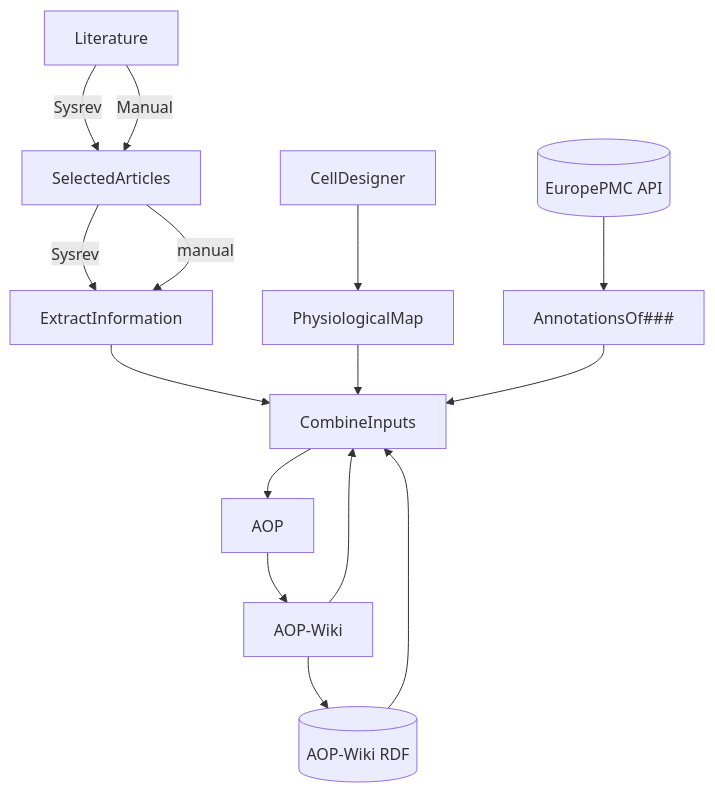
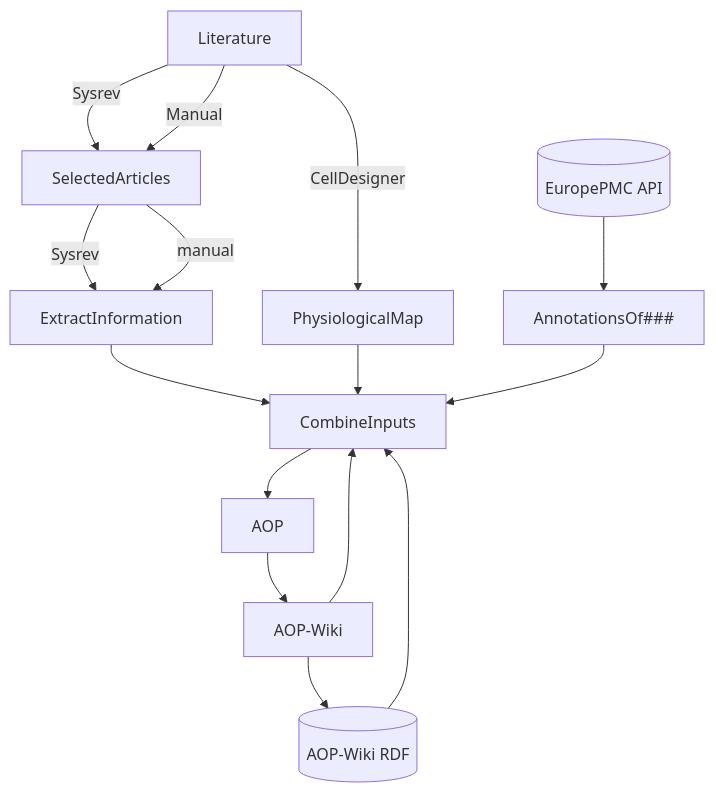
The first of 2 diagrams in aopLiterature.md (VHP4Safety/workflows), drawn with Mermaid before and after one commit.

````diff
--- a/aopLiterature.md
+++ b/aopLiterature.md
@@ -3,16 +3,16 @@
 ```mermaid
 graph TD
     Literature-->|Sysrev|SelectedArticles
     Literature-->|Manual|SelectedArticles
     SelectedArticles-->|Sysrev|ExtractInformation
     SelectedArticles-->|manual|ExtractInformation
     ExtractInformation-->CombineInputs
     CombineInputs --> AOP 
     AOP-->AOP-Wiki 
     AOP-Wiki-->AOP-WikiRDF[(AOP-Wiki RDF)]
     PhysiologicalMap-->CombineInputs
     EuropePMCAPI[(EuropePMC API)]-->AnnotationsOf###-->CombineInputs
     AOP-Wiki-->CombineInputs
     AOP-WikiRDF[(AOP-Wiki RDF)]-->CombineInputs
-    CellDesigner-->PhysiologicalMap
+    Literature-->|CellDesigner|PhysiologicalMap
 ```
````
